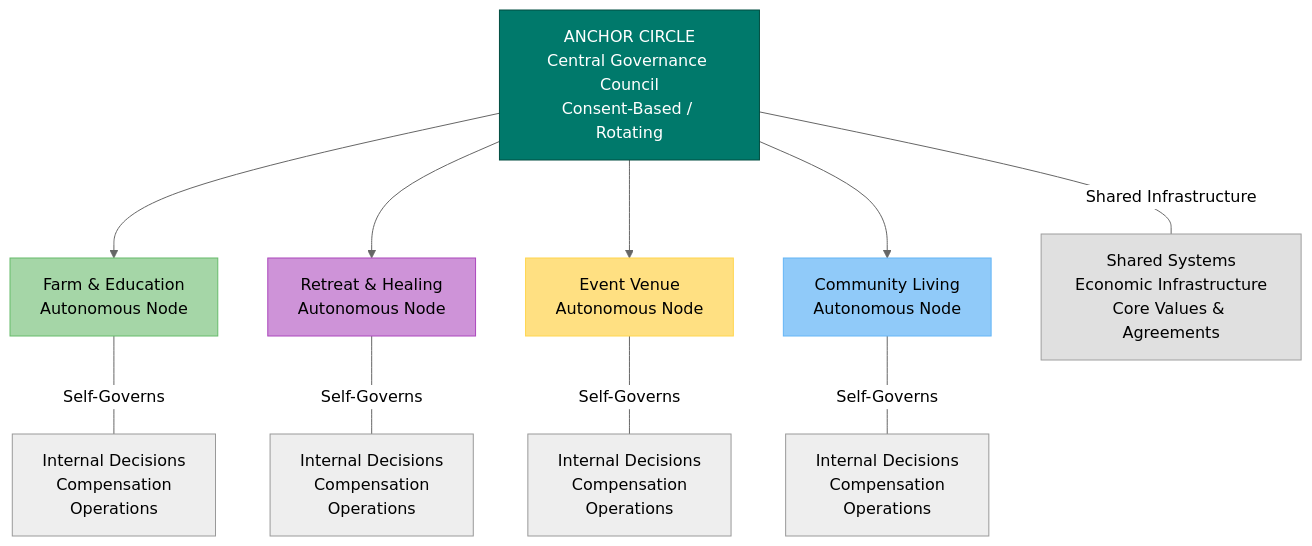
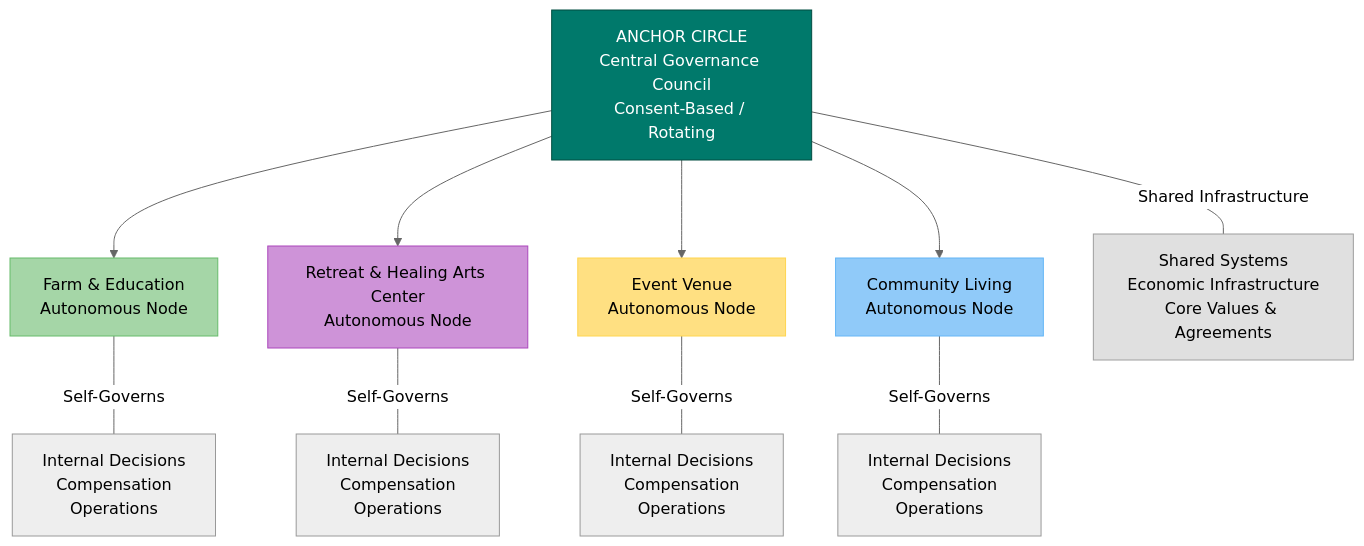
Before and after one commit to Light-Brands/sydney: the fourth of 6 diagrams in unified-sanctuaries/EXECUTIVE-SUMMARY.md, drawn with Mermaid (neutral theme). The commit also changed other lines of this file, not shown here.

````diff
--- a/unified-sanctuaries/EXECUTIVE-SUMMARY.md
+++ b/unified-sanctuaries/EXECUTIVE-SUMMARY.md
@@ -157,23 +156,23 @@
 ```mermaid
 flowchart TD
     AC["ANCHOR CIRCLE<br/>Central Governance Council<br/>Consent-Based / Rotating"]
 
     AC --> FARM_N["Farm & Education<br/>Autonomous Node"]
-    AC --> RETREAT_N["Retreat & Healing<br/>Autonomous Node"]
+    AC --> RETREAT_N["Retreat & Healing Arts Center<br/>Autonomous Node"]
     AC --> EVENT_N["Event Venue<br/>Autonomous Node"]
     AC --> LIVING_N["Community Living<br/>Autonomous Node"]
 
     AC ---|"Shared Infrastructure"| SHARED["Shared Systems<br/>Economic Infrastructure<br/>Core Values & Agreements"]
 
     FARM_N ---|"Self-Governs"| F_INT["Internal Decisions<br/>Compensation<br/>Operations"]
     RETREAT_N ---|"Self-Governs"| R_INT["Internal Decisions<br/>Compensation<br/>Operations"]
     EVENT_N ---|"Self-Governs"| E_INT["Internal Decisions<br/>Compensation<br/>Operations"]
     LIVING_N ---|"Self-Governs"| L_INT["Internal Decisions<br/>Compensation<br/>Operations"]
 
     style AC fill:#00796B,stroke:#004D40,color:#fff
     style SHARED fill:#E0E0E0,stroke:#9E9E9E,color:#000
     style FARM_N fill:#A5D6A7,stroke:#66BB6A,color:#000
     style RETREAT_N fill:#CE93D8,stroke:#AB47BC,color:#000
     style EVENT_N fill:#FFE082,stroke:#FFD54F,color:#000
     style LIVING_N fill:#90CAF9,stroke:#64B5F6,color:#000
 ```
````
